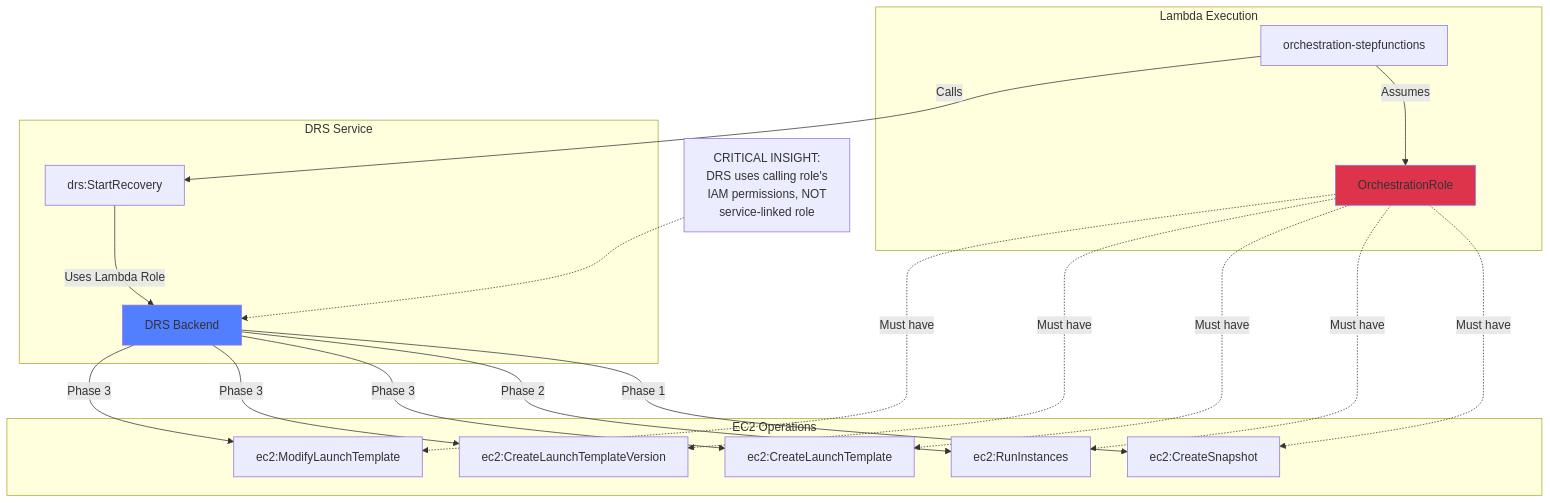
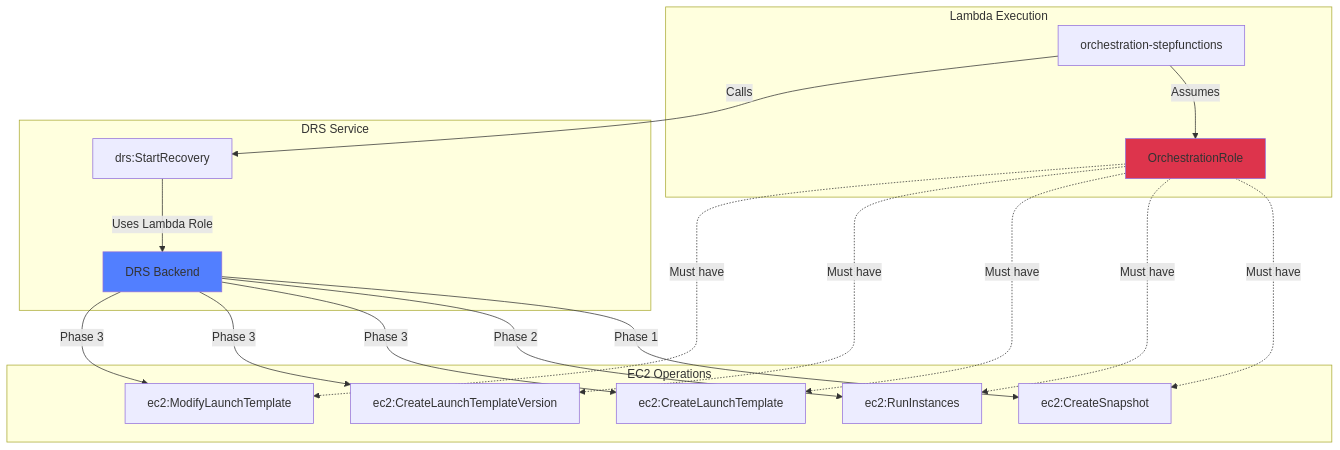
One commit to johnjcousens/aws-elasticdrs-orchestrator changed the seventh of 10 diagrams in docs/architecture/ARCHITECTURE_DIAGRAMS.md. Above: the diagram before and after it, drawn with Mermaid. The commit also changed other lines of this file, not shown here.

First line of the commit message:
docs: fix Mermaid syntax errors and update architecture diagrams

````diff
--- a/docs/architecture/ARCHITECTURE_DIAGRAMS.md
+++ b/docs/architecture/ARCHITECTURE_DIAGRAMS.md
@@ -353,43 +328,40 @@
 ```mermaid
 graph TB
     subgraph "Lambda Execution"
         Lambda[orchestration-stepfunctions]
         LambdaRole[OrchestrationRole]
     end
     
     subgraph "DRS Service"
         DRSCall[drs:StartRecovery]
         DRSService[DRS Backend]
     end
     
     subgraph "EC2 Operations"
         Snapshot[ec2:CreateSnapshot]
         RunInstance[ec2:RunInstances]
         CreateLT[ec2:CreateLaunchTemplate]
         CreateLTV[ec2:CreateLaunchTemplateVersion]
         ModifyLT[ec2:ModifyLaunchTemplate]
     end
     
     Lambda -->|Assumes| LambdaRole
     Lambda -->|Calls| DRSCall
     
     DRSCall -->|Uses Lambda Role| DRSService
     
     DRSService -->|Phase 1| Snapshot
     DRSService -->|Phase 2| RunInstance
     DRSService -->|Phase 3| CreateLT
     DRSService -->|Phase 3| CreateLTV
     DRSService -->|Phase 3| ModifyLT
     
     LambdaRole -.->|Must have| Snapshot
     LambdaRole -.->|Must have| RunInstance
     LambdaRole -.->|Must have| CreateLT
     LambdaRole -.->|Must have| CreateLTV
     LambdaRole -.->|Must have| ModifyLT
     
     style DRSService fill:#527FFF
     style LambdaRole fill:#DD344C
-    
-    note1[CRITICAL INSIGHT:<br/>DRS uses calling role's<br/>IAM permissions, NOT<br/>service-linked role]
-    note1 -.-> DRSService
 ```
````
